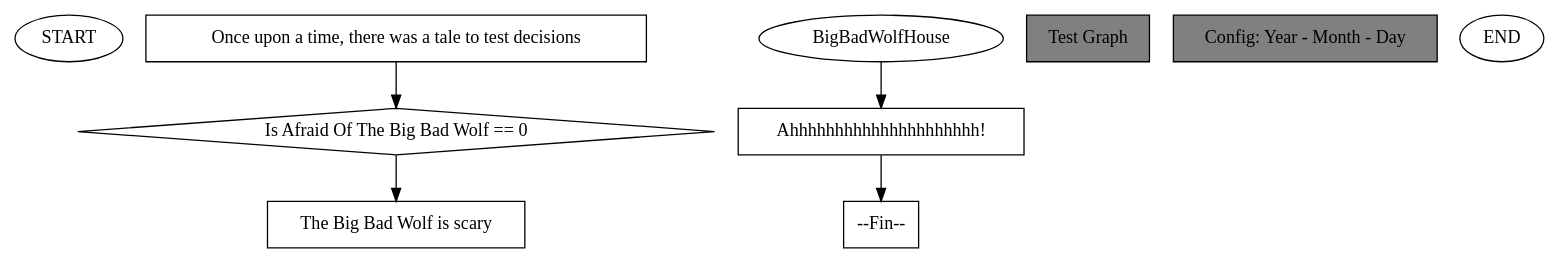
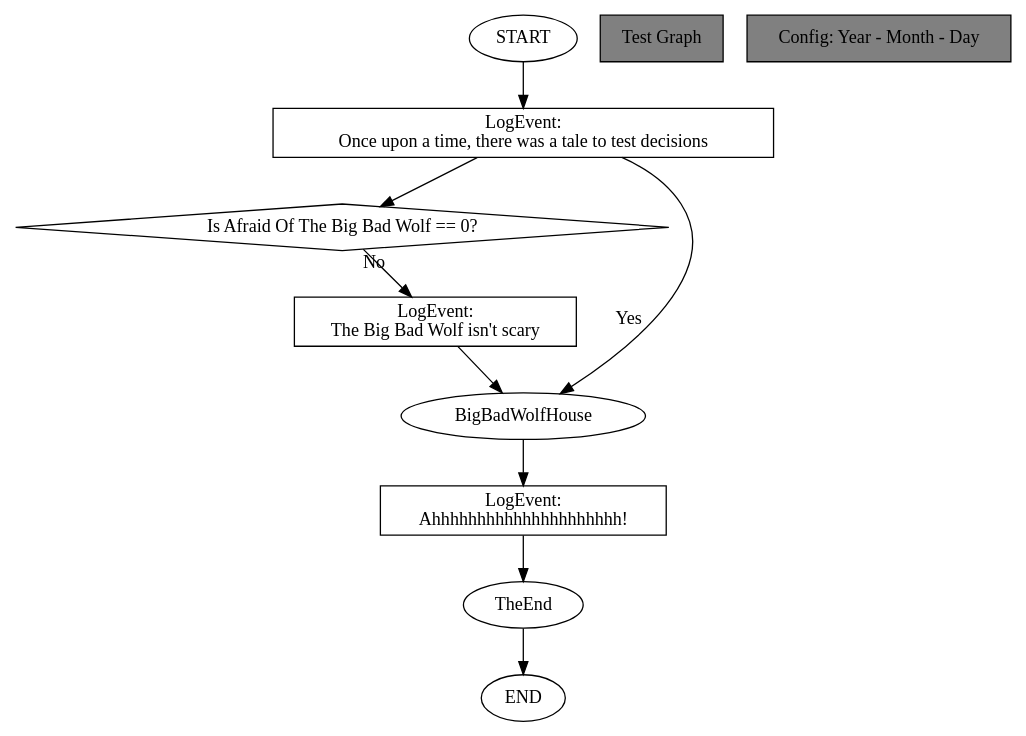
Before and after one commit to backwaterred/TrollDox: the diagram in out/out.dot, drawn with Graphviz. The commit also changed 26 other files, not shown here.

Commit message:
Fixes support for decisions. Connects S, and E nodes to graph

```diff
--- a/out/out.dot
+++ b/out/out.dot
@@ -1,23 +1,30 @@
 digraph {
 
 // Graph Attributes
 graph[page="8,11" ratio=auto fontsize=12 ]
 
 // Nodes
 0[shape="oval"label="START"]
-2[shape="box"label="Once upon a time, there was a tale to test decisions"]
-4[shape="diamond"label="Is Afraid Of The Big Bad Wolf == 0"]
-5[shape="box"label="The Big Bad Wolf is scary"]
+2[shape="box"label="LogEvent:
+Once upon a time, there was a tale to test decisions"]
+4[shape="diamond"label="Is Afraid Of The Big Bad Wolf == 0?"]
+5[shape="box"label="LogEvent:
+The Big Bad Wolf isn't scary"]
 7[shape="oval"label="BigBadWolfHouse"]
-8[shape="box"label="Ahhhhhhhhhhhhhhhhhhhhh!"]
-10[shape="box"label="--Fin--"]
+8[shape="box"label="LogEvent:
+Ahhhhhhhhhhhhhhhhhhhhh!"]
+10[shape="oval"label="TheEnd"]
 99999[shape="box"label="Test Graph"style="filled"fillcolor="grey"]
 99998[shape="box"label="Config: Year - Month - Day"style="filled"fillcolor="grey"]
 9999[shape="oval"label="END"]
 
 // Edges
-4 -> 5[xLabel="No"]
+8 -> 10
 2 -> 4
 7 -> 8
-8 -> 10
+4 -> 5[xlabel="No"]
+5 -> 7
+10 -> 9999
+2 -> 7[xlabel="Yes"]
+0 -> 2
 }
```
